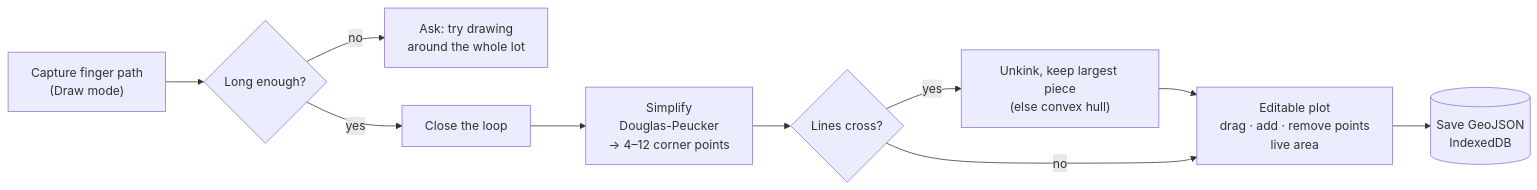
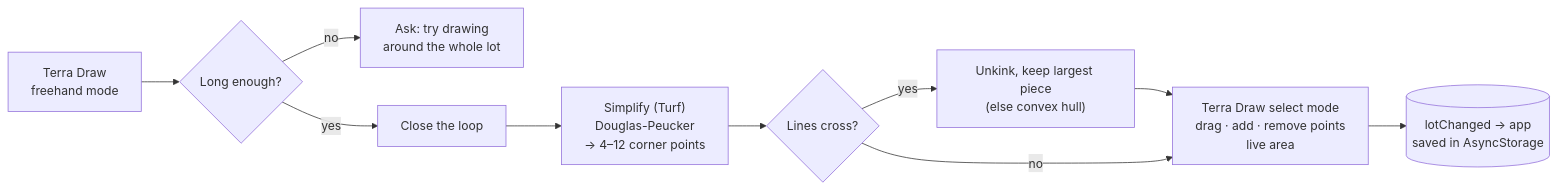
Before and after one commit to GENZ-PH/agrosprout: the third of 3 diagrams in docs/06-architecture.md, drawn with Mermaid. The commit also changed other lines of this file and 14 other files, not shown here.

````diff
--- a/docs/06-architecture.md
+++ b/docs/06-architecture.md
@@ -138,9 +208,9 @@
 ```mermaid
 flowchart LR
-  C["Capture finger path<br/>(Draw mode)"] --> K{"Long enough?"}
+  C["Terra Draw<br/>freehand mode"] --> K{"Long enough?"}
   K -- no --> T["Ask: try drawing<br/>around the whole lot"]
-  K -- yes --> CL["Close the loop"] --> SI["Simplify<br/>Douglas-Peucker<br/>→ 4–12 corner points"] --> UK{"Lines cross?"}
+  K -- yes --> CL["Close the loop"] --> SI["Simplify (Turf)<br/>Douglas-Peucker<br/>→ 4–12 corner points"] --> UK{"Lines cross?"}
   UK -- yes --> FX["Unkink, keep largest piece<br/>(else convex hull)"] --> ED
-  UK -- no --> ED["Editable plot<br/>drag · add · remove points<br/>live area"]
-  ED --> SV[("Save GeoJSON<br/>IndexedDB")]
+  UK -- no --> ED["Terra Draw select mode<br/>drag · add · remove points<br/>live area"]
+  ED --> SV[("lotChanged → app<br/>saved in AsyncStorage")]
 ```
````
